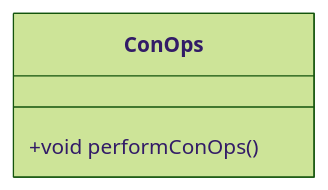
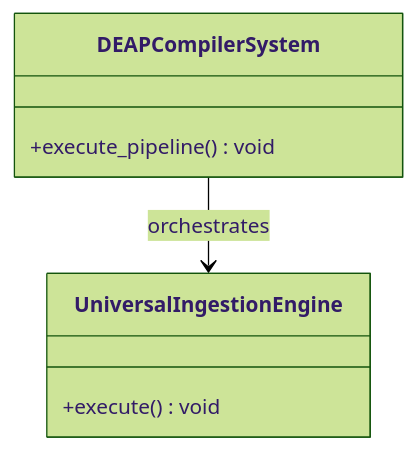
Before and after one commit to gintatkinson/dumpiler-01: the first of 2 diagrams in docs/epics/EPIC-02-ConOps.md, drawn with Mermaid (forest theme). The commit also changed other lines of this file and 90 other files, not shown here.

````diff
--- a/docs/epics/EPIC-02-ConOps.md
+++ b/docs/epics/EPIC-02-ConOps.md
@@ -30,6 +53,10 @@
 ```mermaid
 classDiagram
-    class ConOps {
-        +void performConOps()
+    class DEAPCompilerSystem {
+        +execute_pipeline() void
     }
+    class UniversalIngestionEngine {
+        +execute() void
+    }
+    DEAPCompilerSystem --> UniversalIngestionEngine : orchestrates
 ```
````
